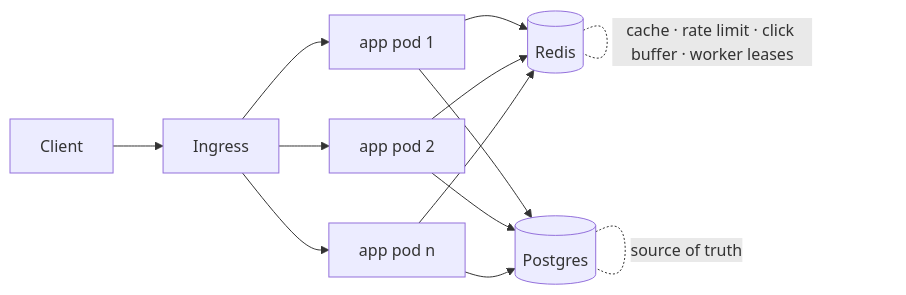
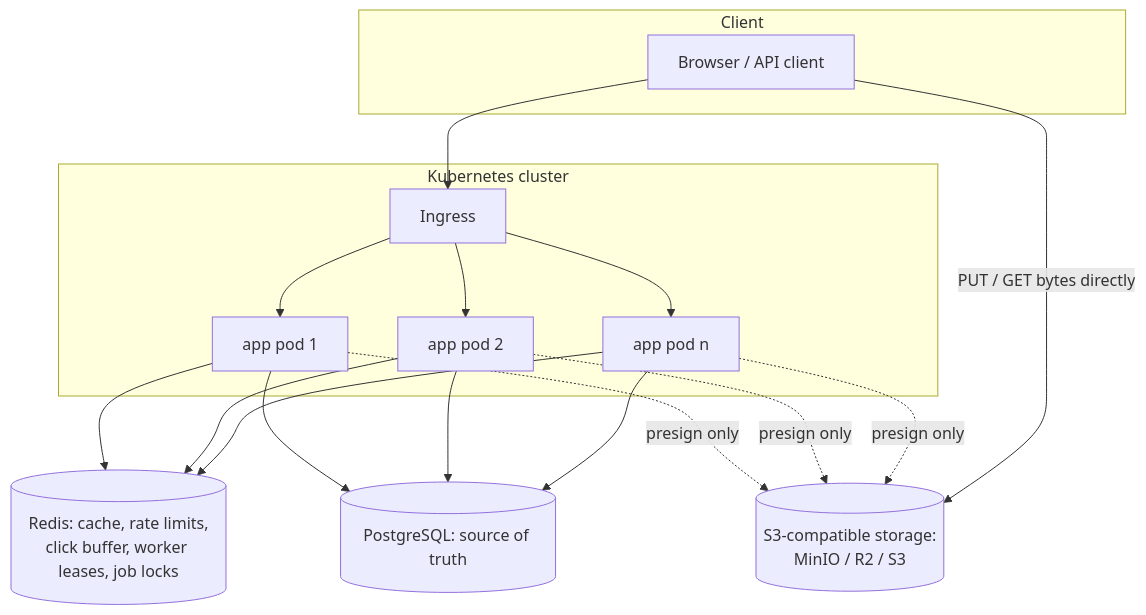
One commit to ankita2503/FileSharingWithTinyUrl changed the diagram in README.md. Above: the diagram before and after it, drawn with Mermaid. The commit also changed other lines of this file, not shown here.

````diff
--- a/README.md
+++ b/README.md
@@ -36,11 +101,23 @@
 ```mermaid
-flowchart LR
-    C[Client] --> I[Ingress]
-    I --> A1[app pod 1]
-    I --> A2[app pod 2]
-    I --> A3[app pod n]
-    A1 & A2 & A3 --> R[(Redis)]
-    A1 & A2 & A3 --> P[(Postgres)]
-    R -. cache · rate limit · click buffer · worker leases .- R
-    P -. source of truth .- P
+flowchart TB
+    subgraph Client
+        B[Browser / API client]
+    end
+
+    subgraph K8s["Kubernetes cluster"]
+        I[Ingress]
+        A1[app pod 1]
+        A2[app pod 2]
+        An[app pod n]
+    end
+
+    R[(Redis: cache, rate limits,<br/>click buffer, worker leases, job locks)]
+    P[(PostgreSQL: source of truth)]
+    S[(S3-compatible storage:<br/>MinIO / R2 / S3)]
+
+    B --> I --> A1 & A2 & An
+    A1 & A2 & An --> R
+    A1 & A2 & An --> P
+    A1 & A2 & An -. presign only .-> S
+    B -- "PUT / GET bytes directly" --> S
 ```
````
